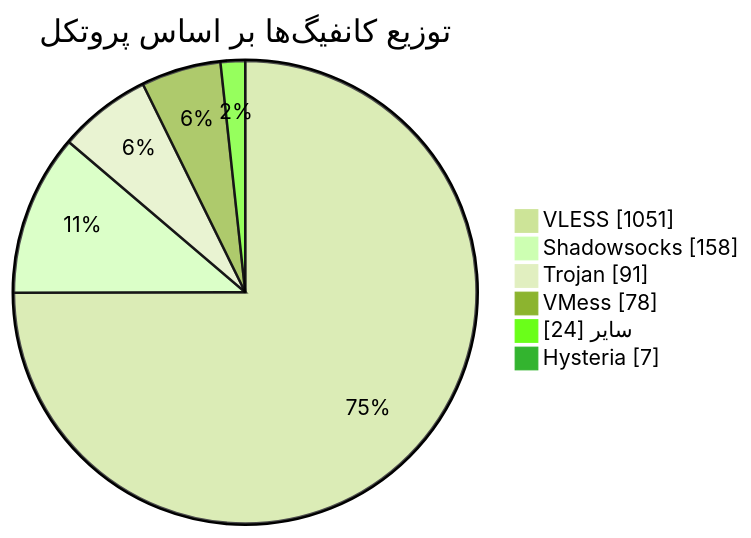
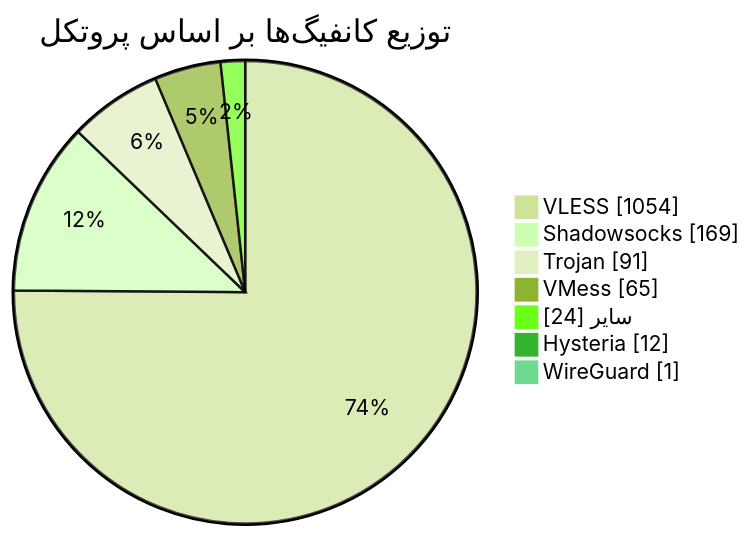
The diagram in README.md (Arian-Alijani/Somthing), drawn with Mermaid (forest theme) before and after one commit. The commit also changed other lines of this file and 101 other files, not shown here.

````diff
--- a/README.md
+++ b/README.md
@@ -50,10 +51,11 @@
 ```mermaid
 pie showData
     title توزیع کانفیگ‌ها بر اساس پروتکل
-    "VLESS" : 1051
-    "Shadowsocks" : 158
+    "VLESS" : 1054
+    "Shadowsocks" : 169
     "Trojan" : 91
-    "VMess" : 78
+    "VMess" : 65
     "سایر" : 24
-    "Hysteria" : 7
+    "Hysteria" : 12
+    "WireGuard" : 1
 ```
````
